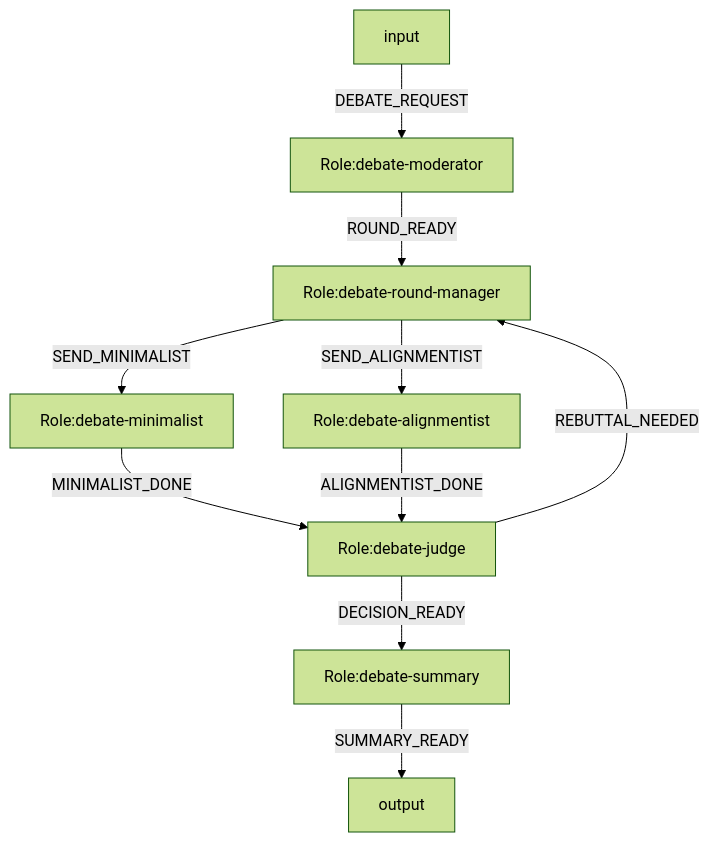
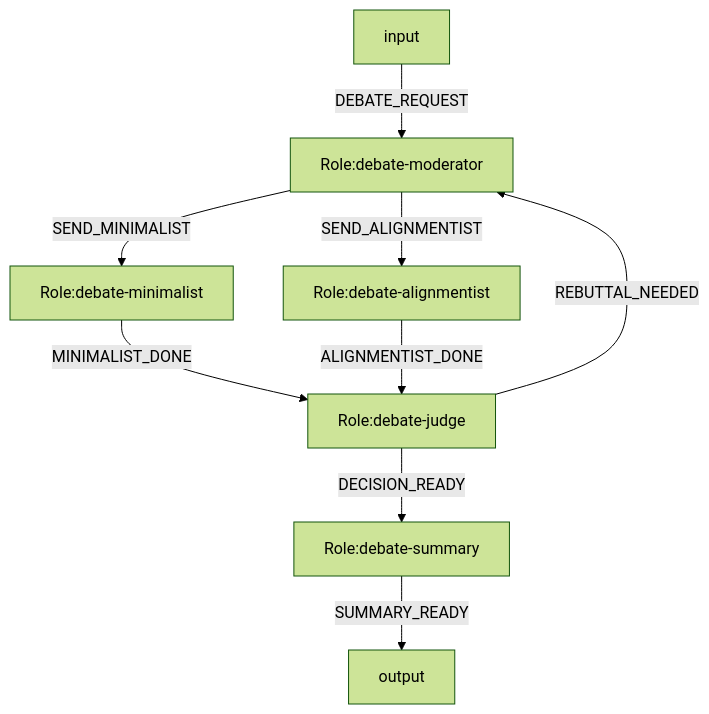
One commit to Fredericzhou/ogsystem changed the diagram in examples/langgraph-debate-current/system.mmd. Above: the diagram before and after it, drawn with Mermaid (forest theme). The commit also changed 69 other files, not shown here.

```diff
--- a/examples/langgraph-debate-current/system.mmd
+++ b/examples/langgraph-debate-current/system.mmd
@@ -1,29 +1,26 @@
 flowchart TD
 %% engine=langgraph
 %% system.id=architecture.debate.current
 %% system.version=1.0.0
 %% law.global=law.debate.base
 %% entry.role=debate-moderator
-%% role.mode.debate-round-manager=parallel_split
+%% role.mode.debate-moderator=parallel_split
 %% join.mode.debate-judge=all_of
 %% join.sources.debate-judge=debate-minimalist,debate-alignmentist
-%% loop.max.debate-round-manager=2
+%% loop.max.debate-moderator=2
 %% model.bind.debate-moderator=fast-gpt54
-%% model.bind.debate-round-manager=fast-gpt54
-%% model.bind.debate-minimalist=claude-sonnet
+%% model.bind.debate-minimalist=balanced-gpt52
 %% model.bind.debate-alignmentist=deep-o3
 %% model.bind.debate-judge=deep-o3
-%% model.bind.debate-summary=fast-gpt54
+%% model.bind.debate-summary=steady-gpt54
 
 input -->|DEBATE_REQUEST| debate-moderator[Role:debate-moderator]
-debate-moderator[Role:debate-moderator] -->|ROUND_READY| debate-round-manager[Role:debate-round-manager]
-
-debate-round-manager[Role:debate-round-manager] -->|SEND_MINIMALIST| debate-minimalist[Role:debate-minimalist]
-debate-round-manager[Role:debate-round-manager] -->|SEND_ALIGNMENTIST| debate-alignmentist[Role:debate-alignmentist]
+debate-moderator[Role:debate-moderator] -->|SEND_MINIMALIST| debate-minimalist[Role:debate-minimalist]
+debate-moderator[Role:debate-moderator] -->|SEND_ALIGNMENTIST| debate-alignmentist[Role:debate-alignmentist]
 
 debate-minimalist[Role:debate-minimalist] -->|MINIMALIST_DONE| debate-judge[Role:debate-judge]
 debate-alignmentist[Role:debate-alignmentist] -->|ALIGNMENTIST_DONE| debate-judge[Role:debate-judge]
 
-debate-judge[Role:debate-judge] -->|REBUTTAL_NEEDED| debate-round-manager[Role:debate-round-manager]
+debate-judge[Role:debate-judge] -->|REBUTTAL_NEEDED| debate-moderator[Role:debate-moderator]
 debate-judge[Role:debate-judge] -->|DECISION_READY| debate-summary[Role:debate-summary]
 debate-summary[Role:debate-summary] -->|SUMMARY_READY| output
```
